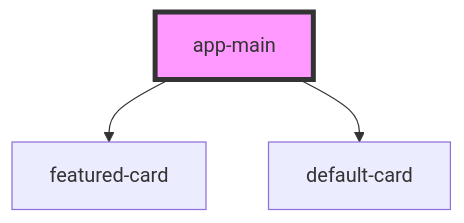
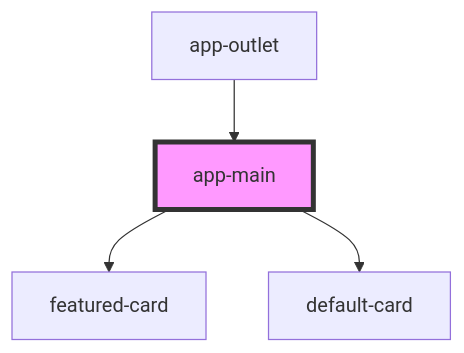
Before and after one commit to upstroke/tmdb-stencil-frontend: the diagram in src/components/pages/app-main/readme.md, drawn with Mermaid. The commit also changed other lines of this file and 5 other files, not shown here.

````diff
--- a/src/components/pages/app-main/readme.md
+++ b/src/components/pages/app-main/readme.md
@@ -29,6 +33,7 @@
 ```mermaid
 graph TD;
   app-main --> featured-card
   app-main --> default-card
+  app-outlet --> app-main
   style app-main fill:#f9f,stroke:#333,stroke-width:4px
 ```
````
